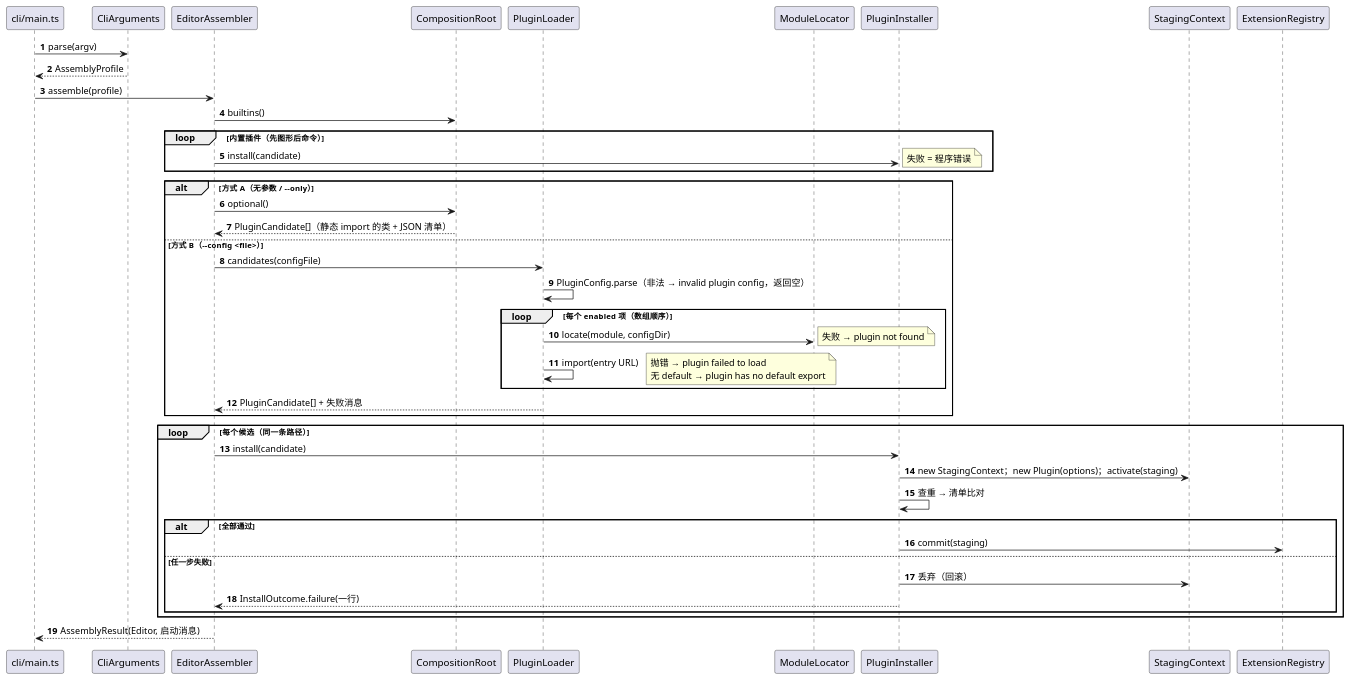
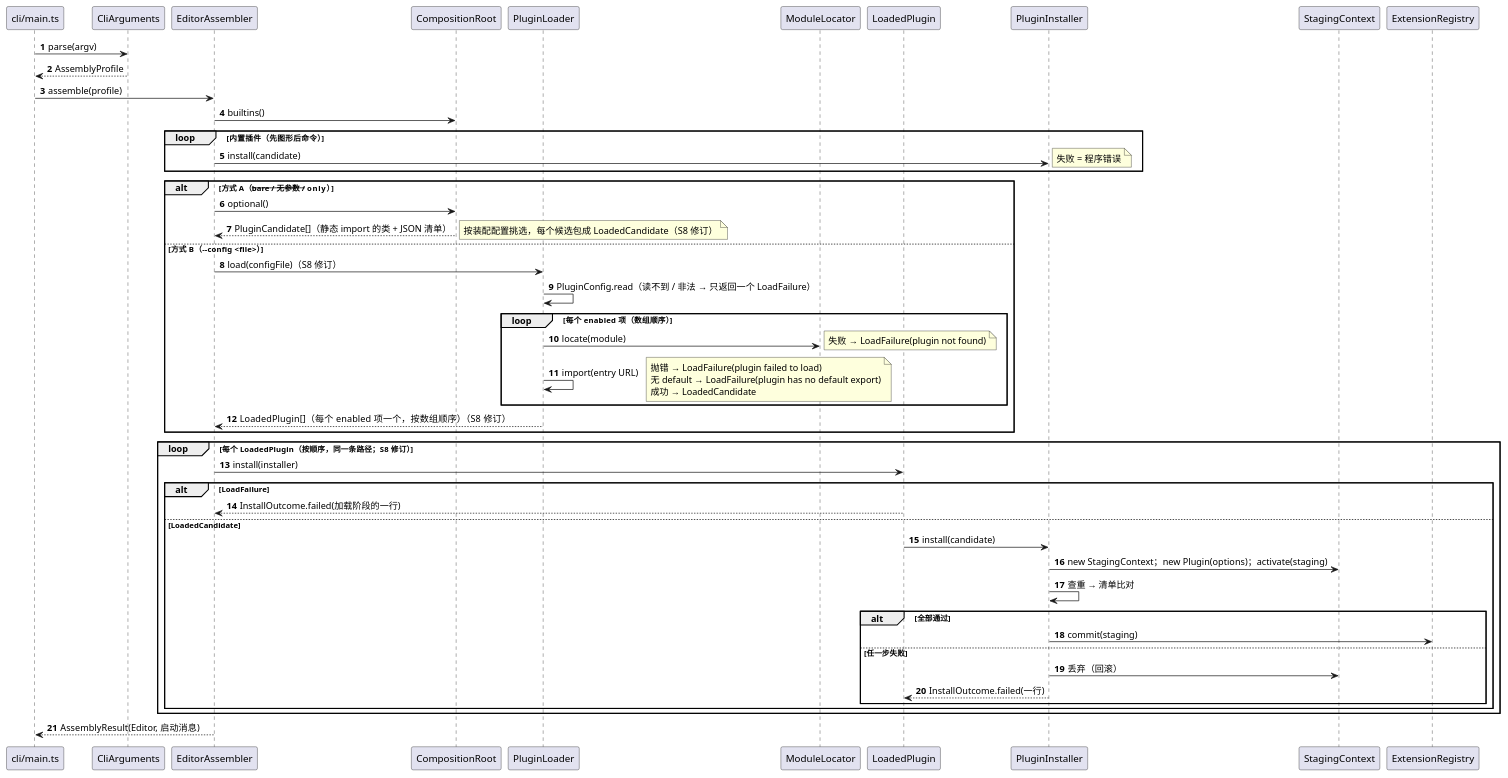
The fourth of 4 diagrams in doc/design-phase2.md (xwtan51/svg_editor), drawn with PlantUML before and after one commit. The commit also changed other lines of this file and 1 other file, not shown here.

````diff
--- a/doc/design-phase2.md
+++ b/doc/design-phase2.md
@@ -1451,49 +1460,56 @@
 ```plantuml
 @startuml p2-assembly-paths
 autonumber
 participant "cli/main.ts" as Main
 participant CliArguments
 participant EditorAssembler
 participant CompositionRoot
 participant PluginLoader
 participant ModuleLocator
+participant "LoadedPlugin" as Loaded
 participant PluginInstaller
 participant StagingContext
 participant ExtensionRegistry
 
 Main -> CliArguments : parse(argv)
 CliArguments --> Main : AssemblyProfile
 Main -> EditorAssembler : assemble(profile)
 EditorAssembler -> CompositionRoot : builtins()
 loop 内置插件（先图形后命令）
   EditorAssembler -> PluginInstaller : install(candidate)
   note right : 失败 = 程序错误
 end
-alt 方式 A（无参数 / --only）
+alt 方式 A（--bare / 无参数 / --only）
   EditorAssembler -> CompositionRoot : optional()
   CompositionRoot --> EditorAssembler : PluginCandidate[]（静态 import 的类 + JSON 清单）
+  note right : 按装配配置挑选，每个候选包成 LoadedCandidate（S8 修订）
 else 方式 B（--config <file>）
-  EditorAssembler -> PluginLoader : candidates(configFile)
-  PluginLoader -> PluginLoader : PluginConfig.parse（非法 → invalid plugin config，返回空）
+  EditorAssembler -> PluginLoader : load(configFile)（S8 修订）
+  PluginLoader -> PluginLoader : PluginConfig.read（读不到 / 非法 → 只返回一个 LoadFailure）
   loop 每个 enabled 项（数组顺序）
-    PluginLoader -> ModuleLocator : locate(module, configDir)
-    note right : 失败 → plugin not found
+    PluginLoader -> ModuleLocator : locate(module)
+    note right : 失败 → LoadFailure(plugin not found)
     PluginLoader -> PluginLoader : import(entry URL)
-    note right : 抛错 → plugin failed to load\n无 default → plugin has no default export
+    note right : 抛错 → LoadFailure(plugin failed to load)\n无 default → LoadFailure(plugin has no default export)\n成功 → LoadedCandidate
   end
-  PluginLoader --> EditorAssembler : PluginCandidate[] + 失败消息
+  PluginLoader --> EditorAssembler : LoadedPlugin[]（每个 enabled 项一个，按数组顺序）（S8 修订）
 end
-loop 每个候选（同一条路径）
-  EditorAssembler -> PluginInstaller : install(candidate)
-  PluginInstaller -> StagingContext : new StagingContext；new Plugin(options)；activate(staging)
-  PluginInstaller -> PluginInstaller : 查重 → 清单比对
-  alt 全部通过
-    PluginInstaller -> ExtensionRegistry : commit(staging)
-  else 任一步失败
-    PluginInstaller -> StagingContext : 丢弃（回滚）
-    PluginInstaller --> EditorAssembler : InstallOutcome.failure(一行)
+loop 每个 LoadedPlugin（按顺序，同一条路径；S8 修订）
+  EditorAssembler -> Loaded : install(installer)
+  alt LoadFailure
+    Loaded --> EditorAssembler : InstallOutcome.failed(加载阶段的一行)
+  else LoadedCandidate
+    Loaded -> PluginInstaller : install(candidate)
+    PluginInstaller -> StagingContext : new StagingContext；new Plugin(options)；activate(staging)
+    PluginInstaller -> PluginInstaller : 查重 → 清单比对
+    alt 全部通过
+      PluginInstaller -> ExtensionRegistry : commit(staging)
+    else 任一步失败
+      PluginInstaller -> StagingContext : 丢弃（回滚）
+      PluginInstaller --> Loaded : InstallOutcome.failed(一行)
+    end
   end
 end
 EditorAssembler --> Main : AssemblyResult(Editor, 启动消息)
 @enduml
 ```
````
